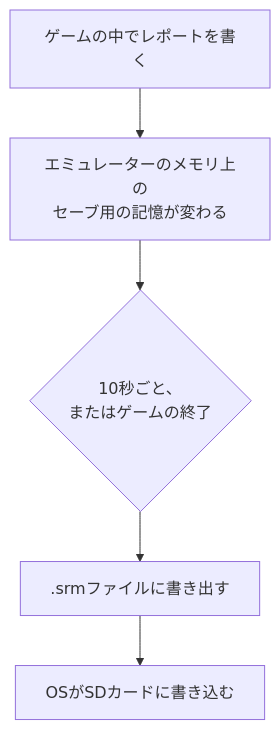
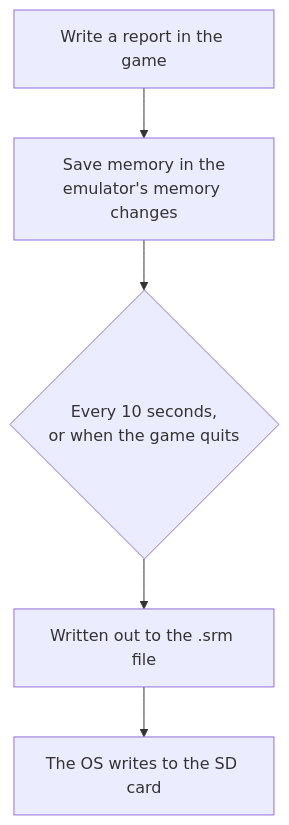
Before and after one commit to kiwamizamurai/gaming: the first of 2 diagrams in articles/17-save-data.md, drawn with Mermaid. The commit also changed other lines of this file and 46 other files, not shown here.

````diff
--- a/articles/17-save-data.md
+++ b/articles/17-save-data.md
@@ -92,7 +92,7 @@
 ```mermaid
 flowchart TD
-    A[ゲームの中でレポートを書く] --> B[エミュレーターのメモリ上の<br>セーブ用の記憶が変わる]
-    B --> C{10秒ごと、<br>またはゲームの終了}
-    C --> D[.srmファイルに書き出す]
-    D --> E[OSがSDカードに書き込む]
+    A[Write a report in the game] --> B[Save memory in the<br>emulator's memory changes]
+    B --> C{Every 10 seconds,<br>or when the game quits}
+    C --> D[Written out to the .srm file]
+    D --> E[The OS writes to the SD card]
 ```
````
